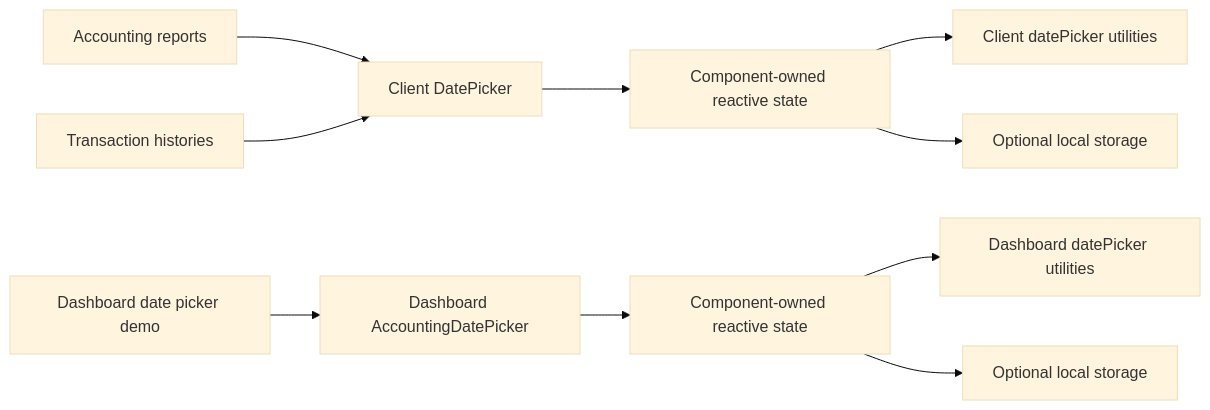
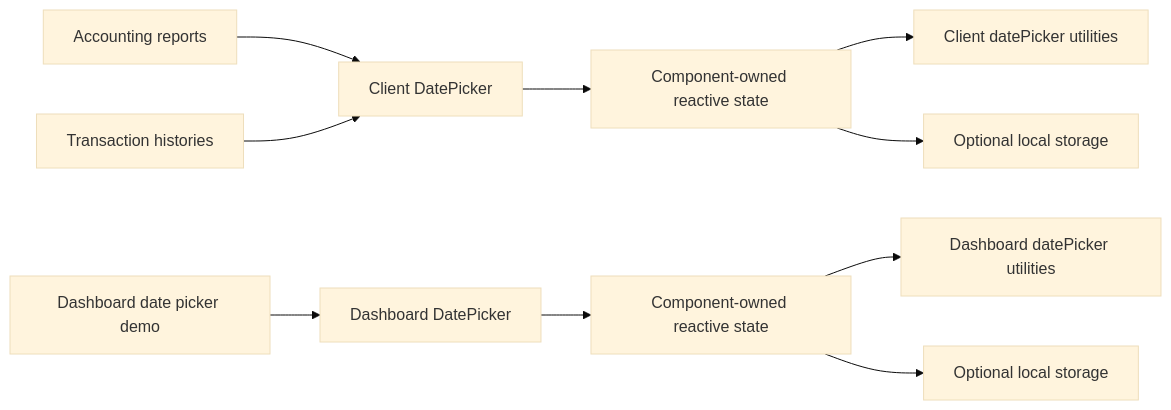
The diagram in docs/implementation/date-picker/README.md (globe-and-citizen/cnc-portal), drawn with Mermaid (base theme) before and after one commit. The commit also changed other lines of this file, not shown here.

Commit message:
docs: 📝 align date picker component evidence

````diff
--- a/docs/implementation/date-picker/README.md
+++ b/docs/implementation/date-picker/README.md
@@ -18,12 +18,12 @@
 ```mermaid
 flowchart LR
   reports[Accounting reports] --> clientPicker[Client DatePicker]
   histories[Transaction histories] --> clientPicker
-  dashboardDemo[Dashboard date picker demo] --> dashboardPicker[Dashboard AccountingDatePicker]
+  dashboardDemo[Dashboard date picker demo] --> dashboardPicker[Dashboard DatePicker]
   clientPicker --> clientState[Component-owned reactive state]
   dashboardPicker --> dashboardState[Component-owned reactive state]
   clientState --> clientUtilities[Client datePicker utilities]
   dashboardState --> dashboardUtilities[Dashboard datePicker utilities]
   clientState --> clientStorage[Optional local storage]
   dashboardState --> dashboardStorage[Optional local storage]
 ```
````
